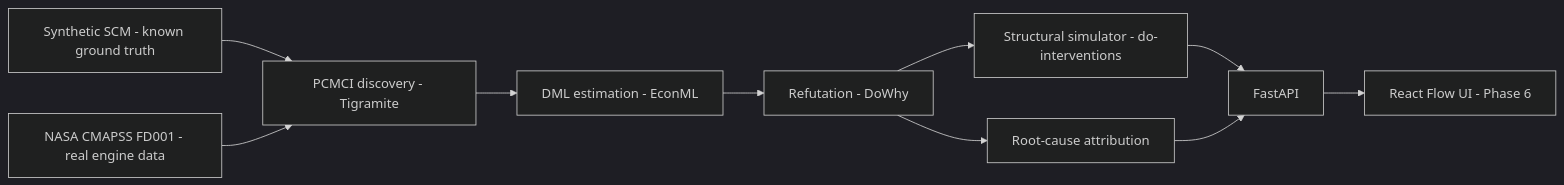
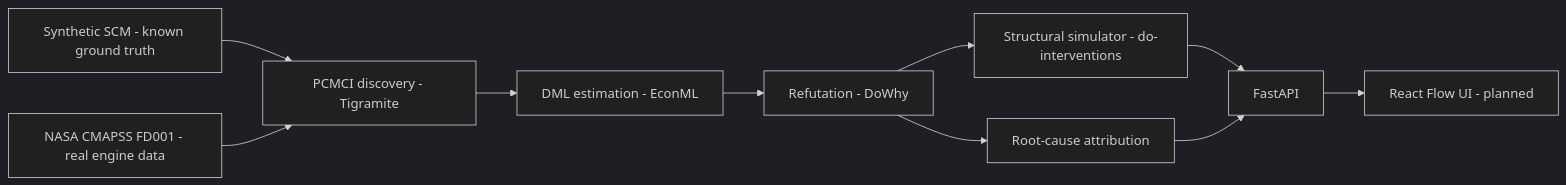
Before and after one commit to Anurag0018/causaltwin: the diagram in README.md, drawn with Mermaid (dark theme). The commit also changed other lines of this file, not shown here.

````diff
--- a/README.md
+++ b/README.md
@@ -37,12 +43,12 @@
 ```mermaid
 flowchart LR
     A[Synthetic SCM - known ground truth] --> C[PCMCI discovery - Tigramite]
     B[NASA CMAPSS FD001 - real engine data] --> C
     C --> D[DML estimation - EconML]
     D --> E[Refutation - DoWhy]
     E --> F[Structural simulator - do-interventions]
     E --> G[Root-cause attribution]
     F --> H[FastAPI]
     G --> H
-    H --> I[React Flow UI - Phase 6]
+    H --> I[React Flow UI - planned]
 ```
````
